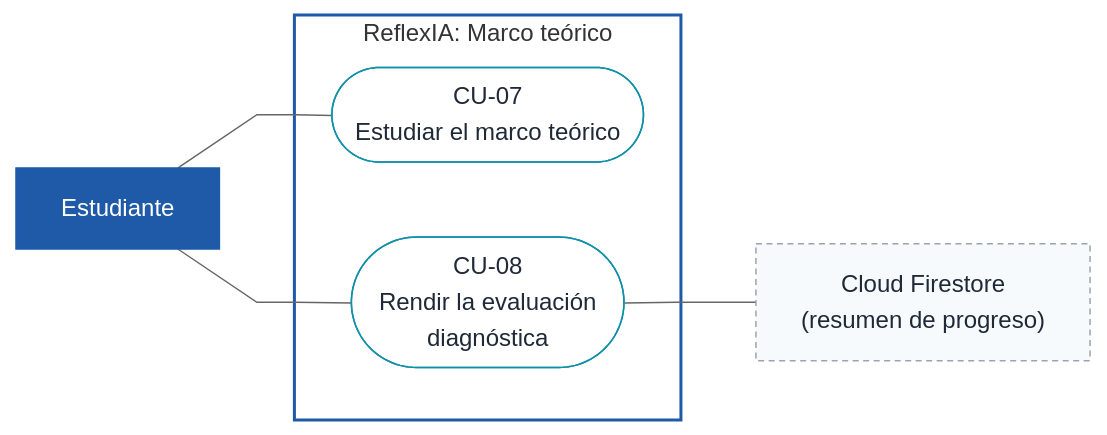
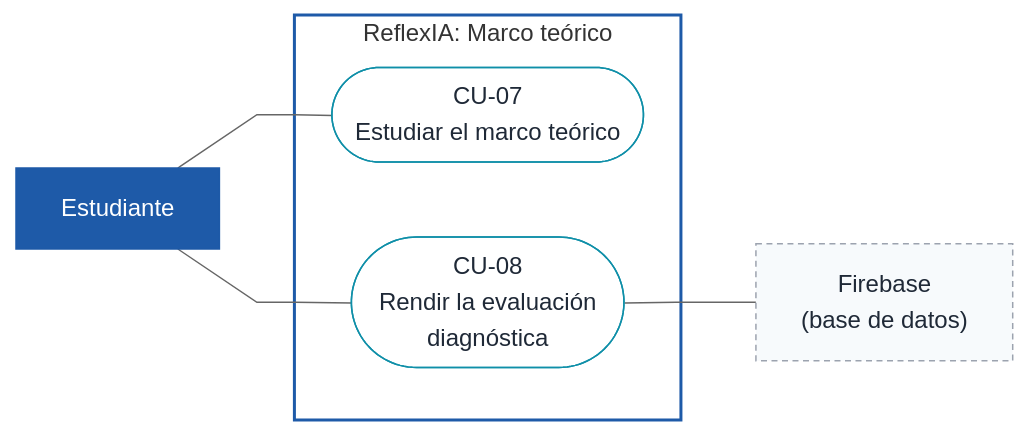
Before and after one commit to gvbr-iel/reflexIA: the third of 7 diagrams in docs/especificacion/09-diagramas-casos-de-uso.md, drawn with Mermaid. The commit also changed other lines of this file and 21 other files, not shown here.

````diff
--- a/docs/especificacion/09-diagramas-casos-de-uso.md
+++ b/docs/especificacion/09-diagramas-casos-de-uso.md
@@ -110,20 +116,20 @@
 ```mermaid
 %%{init: {"theme":"neutral","flowchart":{"curve":"linear"}}}%%
 flowchart LR
   est["Estudiante"]:::actor
-  fs["Cloud Firestore<br/>(resumen de progreso)"]:::ext
+  fs["Firebase<br/>(base de datos)"]:::ext
 
   subgraph SIS["ReflexIA: Marco teórico"]
     CU07(["CU-07<br/>Estudiar el marco teórico"]):::uc
     CU08(["CU-08<br/>Rendir la evaluación<br/>diagnóstica"]):::uc
   end
 
   est --- CU07
   est --- CU08
   CU08 --- fs
 
   style SIS fill:none,stroke:#1E5AA8,stroke-width:2px
   classDef actor fill:#1E5AA8,stroke:#1E5AA8,color:#ffffff;
   classDef ext fill:#F7FAFC,stroke:#9CA3AF,color:#1F2937,stroke-dasharray:4 3;
   classDef uc fill:#ffffff,stroke:#0F8FA8,color:#1F2937;
 ```
````
